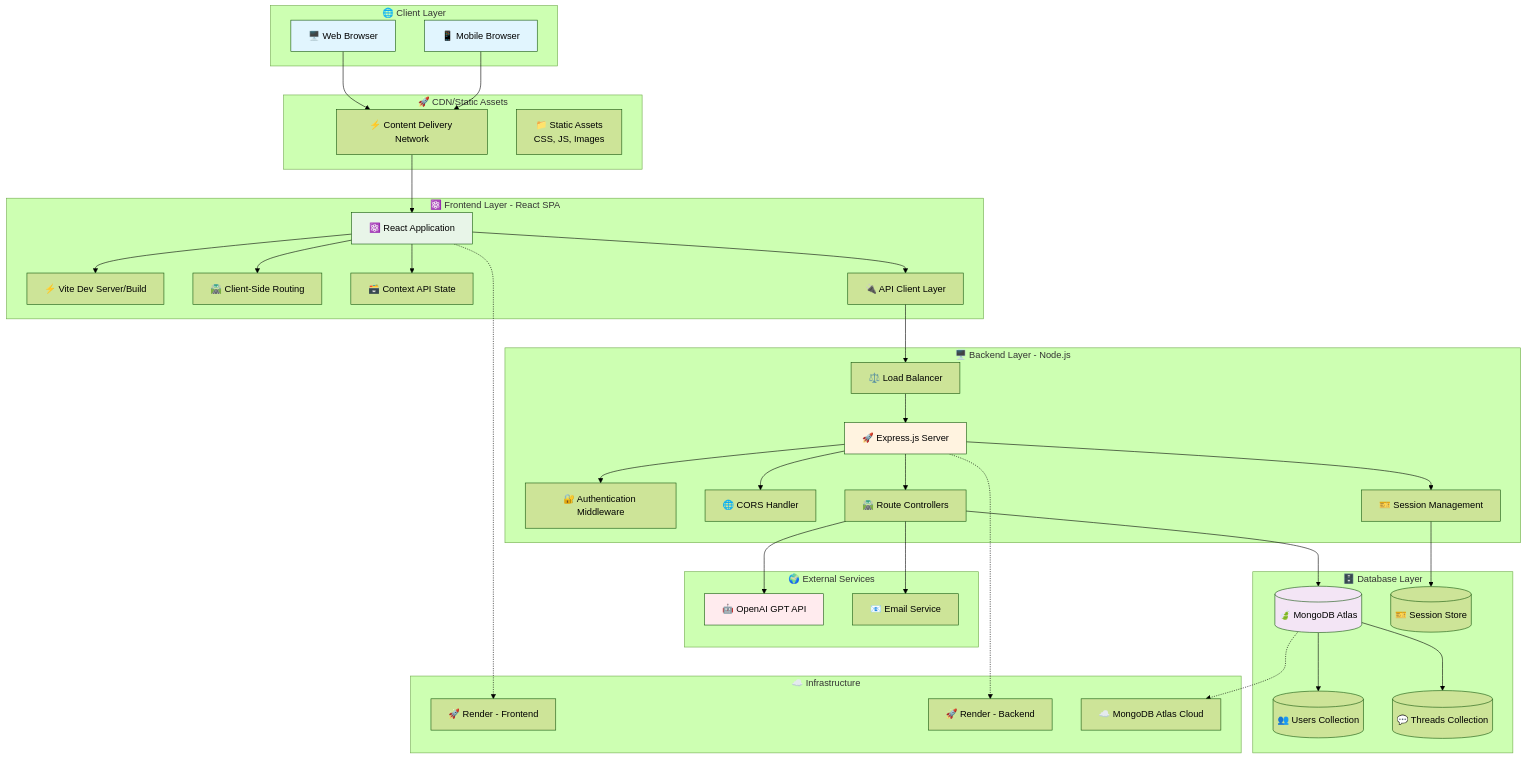
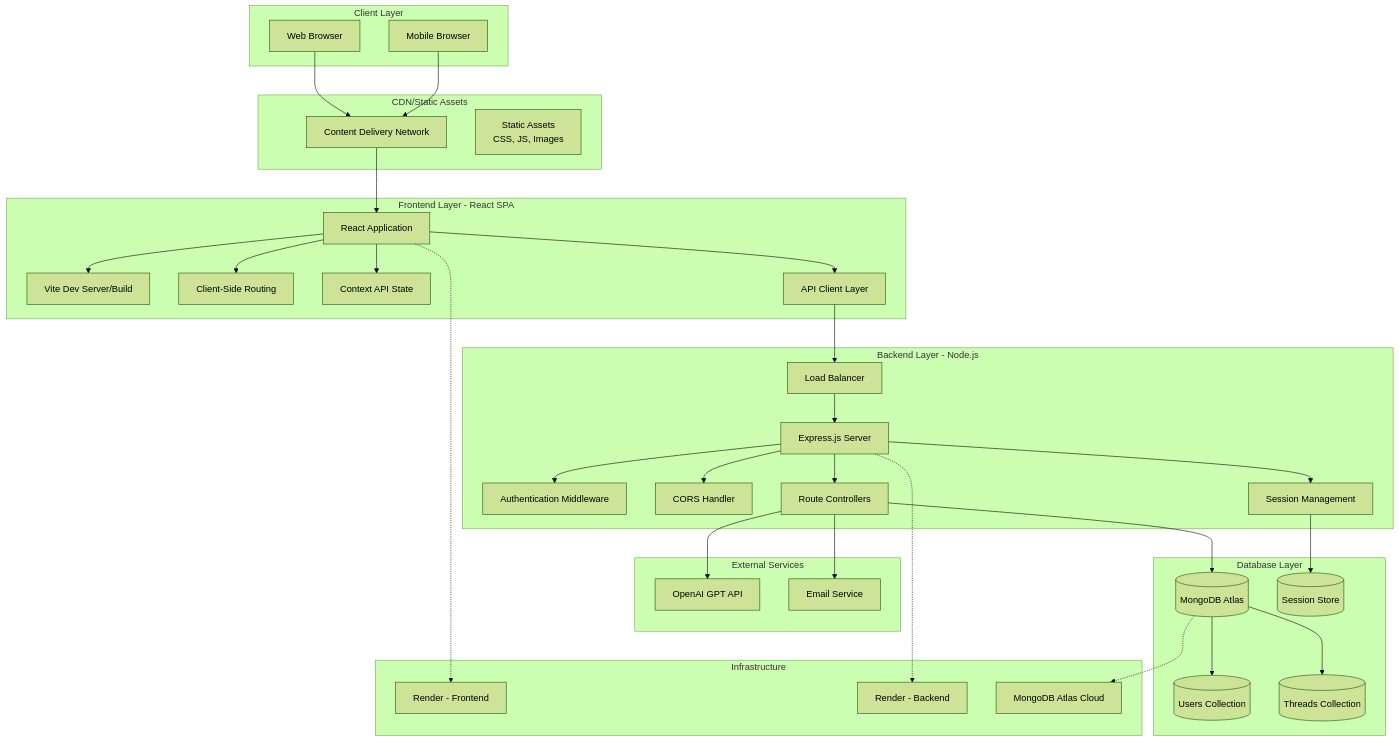
One commit to Ishu077/Lepron-GPT-with-Auth changed the first of 6 diagrams in README.md. Above: the diagram before and after it, drawn with Mermaid (forest theme). The commit also changed other lines of this file, not shown here.

````diff
--- a/README.md
+++ b/README.md
@@ -16,81 +16,74 @@
 ```mermaid
 graph TB
-    subgraph "🌐 Client Layer"
-        Browser[🖥️ Web Browser]
-        Mobile[📱 Mobile Browser]
+    subgraph "Client Layer"
+        Browser[Web Browser]
+        Mobile[Mobile Browser]
     end
     
-    subgraph "🚀 CDN/Static Assets"
-        CDN[⚡ Content Delivery Network]
-        StaticFiles[📁 Static Assets<br/>CSS, JS, Images]
+    subgraph "CDN/Static Assets"
+        CDN[Content Delivery Network]
+        StaticFiles[Static Assets<br/>CSS, JS, Images]
     end
     
-    subgraph "⚛️ Frontend Layer - React SPA"
-        ReactApp[⚛️ React Application]
-        Vite[⚡ Vite Dev Server/Build]
-        Router[🛣️ Client-Side Routing]
-        StateManager[🗃️ Context API State]
-        APIClient[🔌 API Client Layer]
+    subgraph "Frontend Layer - React SPA"
+        ReactApp[React Application]
+        Vite[Vite Dev Server/Build]
+        Router[Client-Side Routing]
+        StateManager[Context API State]
+        APIClient[API Client Layer]
     end
     
-    subgraph "🖥️ Backend Layer - Node.js"
-        LoadBalancer[⚖️ Load Balancer]
-        ExpressServer[🚀 Express.js Server]
-        AuthMiddleware[🔐 Authentication Middleware]
-        CORS[🌐 CORS Handler]
-        SessionManager[🎫 Session Management]
-        RouteHandlers[🛣️ Route Controllers]
+    subgraph "Backend Layer - Node.js"
+        LoadBalancer[Load Balancer]
+        ExpressServer[Express.js Server]
+        AuthMiddleware[Authentication Middleware]
+        CORS[CORS Handler]
+        SessionManager[Session Management]
+        RouteHandlers[Route Controllers]
     end
     
-    subgraph "🌍 External Services"
-        OpenAI[🤖 OpenAI GPT API]
-        EmailService[📧 Email Service]
+    subgraph "External Services"
+        OpenAI[OpenAI GPT API]
+        EmailService[Email Service]
     end
     
-    subgraph "🗄️ Database Layer"
-        MongoDB[(🍃 MongoDB Atlas)]
-        SessionStore[(🎫 Session Store)]
-        UserCollection[(👥 Users Collection)]
-        ThreadCollection[(💬 Threads Collection)]
+    subgraph "Database Layer"
+        MongoDB[(MongoDB Atlas)]
+        SessionStore[(Session Store)]
+        UserCollection[(Users Collection)]
+        ThreadCollection[(Threads Collection)]
     end
     
-    subgraph "☁️ Infrastructure"
-        RenderFE[🚀 Render - Frontend]
-        RenderBE[🚀 Render - Backend]
-        MongoAtlas[☁️ MongoDB Atlas Cloud]
+    subgraph "Infrastructure"
+        RenderFE[Render - Frontend]
+        RenderBE[Render - Backend]
+        MongoAtlas[MongoDB Atlas Cloud]
     end
     
     Browser --> CDN
     Mobile --> CDN
     CDN --> ReactApp
     ReactApp --> Vite
     ReactApp --> Router
     ReactApp --> StateManager
     ReactApp --> APIClient
     
     APIClient --> LoadBalancer
     LoadBalancer --> ExpressServer
     ExpressServer --> CORS
     ExpressServer --> AuthMiddleware
     ExpressServer --> SessionManager
     ExpressServer --> RouteHandlers
     
     RouteHandlers --> OpenAI
     RouteHandlers --> EmailService
     
     SessionManager --> SessionStore
     RouteHandlers --> MongoDB
     MongoDB --> UserCollection
     MongoDB --> ThreadCollection
     
     ReactApp -.-> RenderFE
     ExpressServer -.-> RenderBE
     MongoDB -.-> MongoAtlas
-    
-    style Browser fill:#e1f5fe
-    style Mobile fill:#e1f5fe
-    style ReactApp fill:#e8f5e8
-    style ExpressServer fill:#fff3e0
-    style MongoDB fill:#f3e5f5
-    style OpenAI fill:#ffebee
 ```
````
